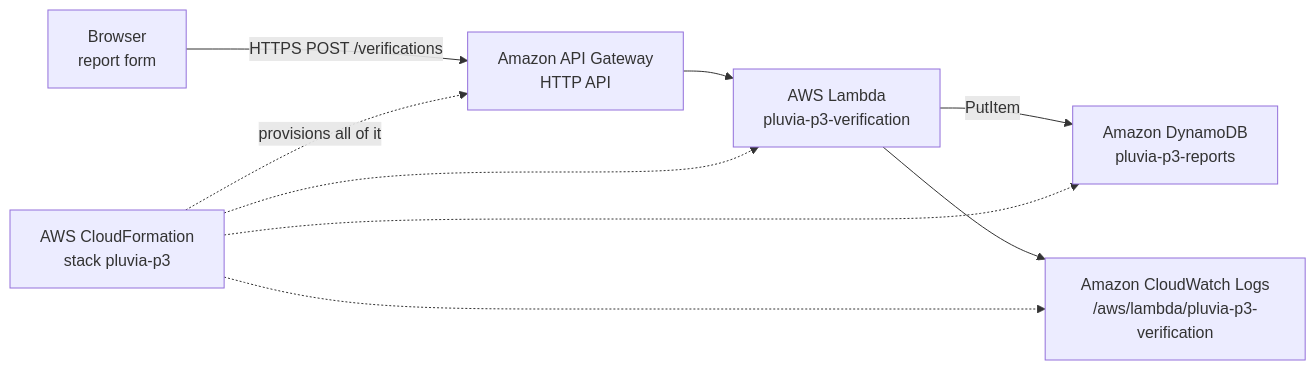
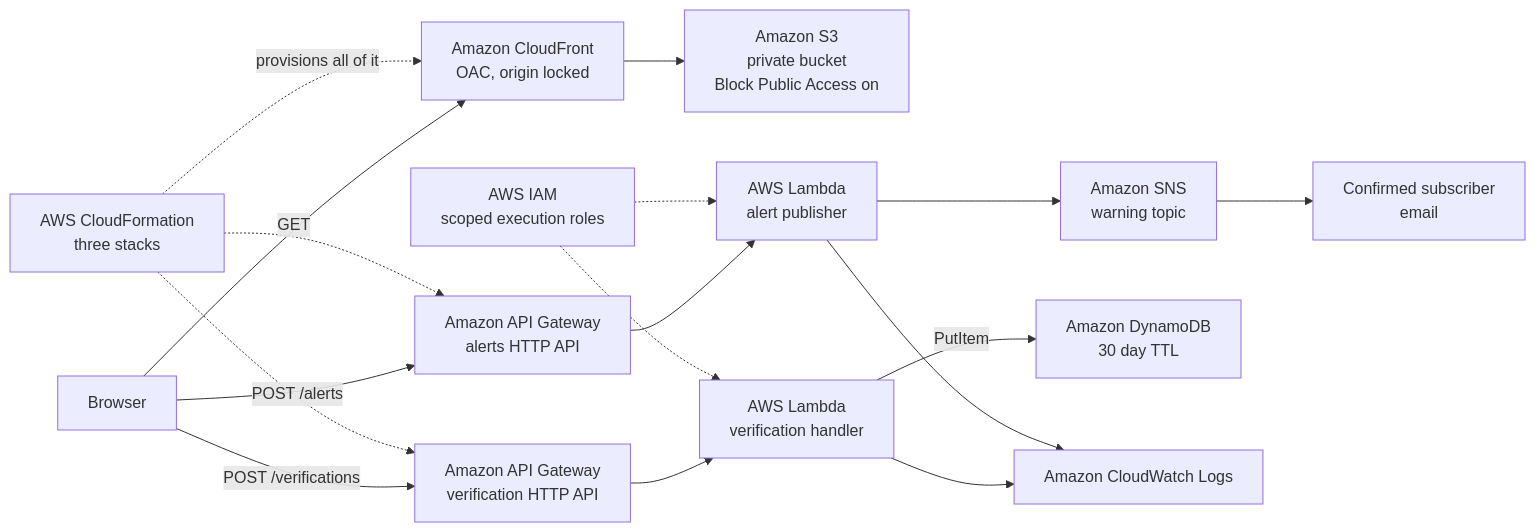
Before and after one commit to 4yushman/pluvia: the diagram in README.md, drawn with Mermaid. The commit also changed other lines of this file and 11 other files, not shown here.

Commit message:
PLUVIA v20: brand logo and wordmark, warning-first README, clearer primary action

````diff
--- a/README.md
+++ b/README.md
@@ -69,11 +115,19 @@
 ```mermaid
 flowchart LR
-    A["Browser<br/>report form"] -->|HTTPS POST /verifications| B["Amazon API Gateway<br/>HTTP API"]
-    B --> C["AWS Lambda<br/>pluvia-p3-verification"]
-    C -->|PutItem| D["Amazon DynamoDB<br/>pluvia-p3-reports"]
-    C --> E["Amazon CloudWatch Logs<br/>/aws/lambda/pluvia-p3-verification"]
-    F["AWS CloudFormation<br/>stack pluvia-p3"] -.->|provisions all of it| B
-    F -.-> C
-    F -.-> D
-    F -.-> E
+    U["Browser"] -->|GET| CF["Amazon CloudFront<br/>OAC, origin locked"]
+    CF --> S3["Amazon S3<br/>private bucket<br/>Block Public Access on"]
+    U -->|POST /alerts| AG2["Amazon API Gateway<br/>alerts HTTP API"]
+    AG2 --> L2["AWS Lambda<br/>alert publisher"]
+    L2 --> SNS["Amazon SNS<br/>warning topic"]
+    SNS --> M["Confirmed subscriber<br/>email"]
+    U -->|POST /verifications| AG1["Amazon API Gateway<br/>verification HTTP API"]
+    AG1 --> L1["AWS Lambda<br/>verification handler"]
+    L1 -->|PutItem| DDB["Amazon DynamoDB<br/>30 day TTL"]
+    L1 --> CW["Amazon CloudWatch Logs"]
+    L2 --> CW
+    IAM["AWS IAM<br/>scoped execution roles"] -.-> L1
+    IAM -.-> L2
+    CFN["AWS CloudFormation<br/>three stacks"] -.->|provisions all of it| CF
+    CFN -.-> AG1
+    CFN -.-> AG2
 ```
````
